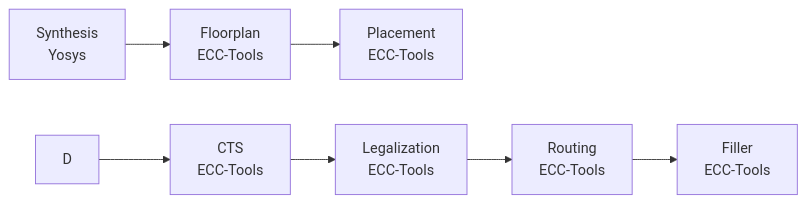
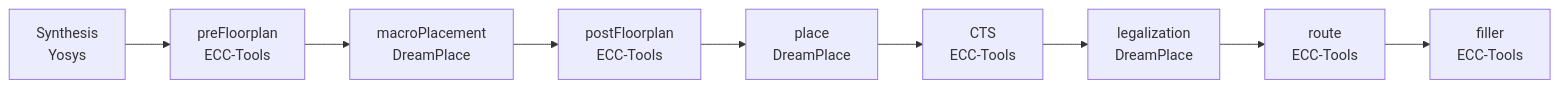
One commit to openecos-projects/ecc changed the diagram in docs/examples/gcd/README.cn.md. Above: the diagram before and after it, drawn with Mermaid. The commit also changed other lines of this file and 11 other files, not shown here.

````diff
--- a/docs/examples/gcd/README.cn.md
+++ b/docs/examples/gcd/README.cn.md
@@ -138,9 +127,11 @@
 ```mermaid
 graph LR
-    A[Synthesis<br/>Yosys] --> B[Floorplan<br/>ECC-Tools]
-    B --> C[Placement<br/>ECC-Tools]
-    D --> E[CTS<br/>ECC-Tools]
-    E --> F[Legalization<br/>ECC-Tools]
-    F --> G[Routing<br/>ECC-Tools]
-    G --> H[Filler<br/>ECC-Tools]
+    A[Synthesis<br/>Yosys] --> B[preFloorplan<br/>ECC-Tools]
+    B --> C[macroPlacement<br/>DreamPlace]
+    C --> D[postFloorplan<br/>ECC-Tools]
+    D --> E[place<br/>DreamPlace]
+    E --> F[CTS<br/>ECC-Tools]
+    F --> G[legalization<br/>DreamPlace]
+    G --> H[route<br/>ECC-Tools]
+    H --> I[filler<br/>ECC-Tools]
 ```
````
